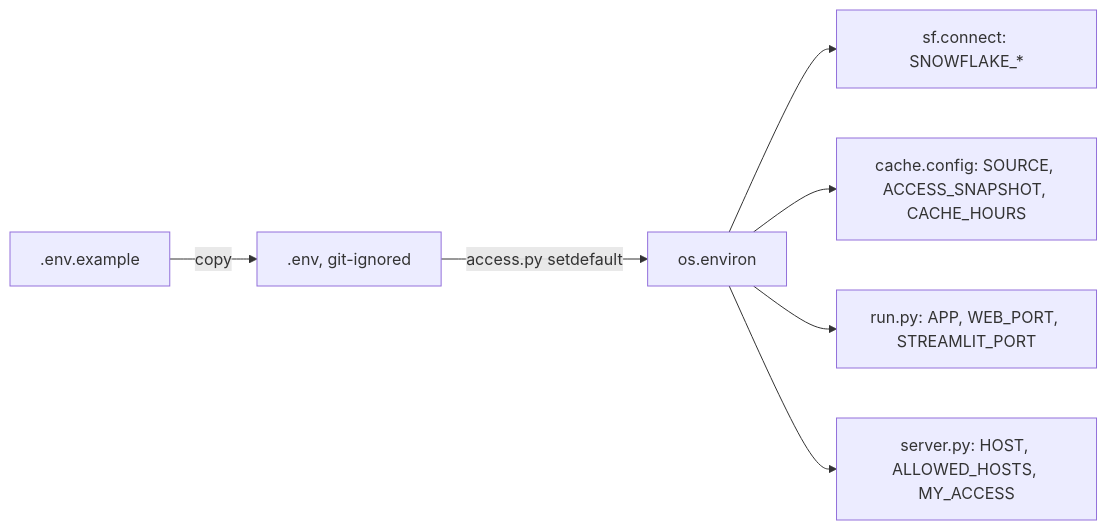
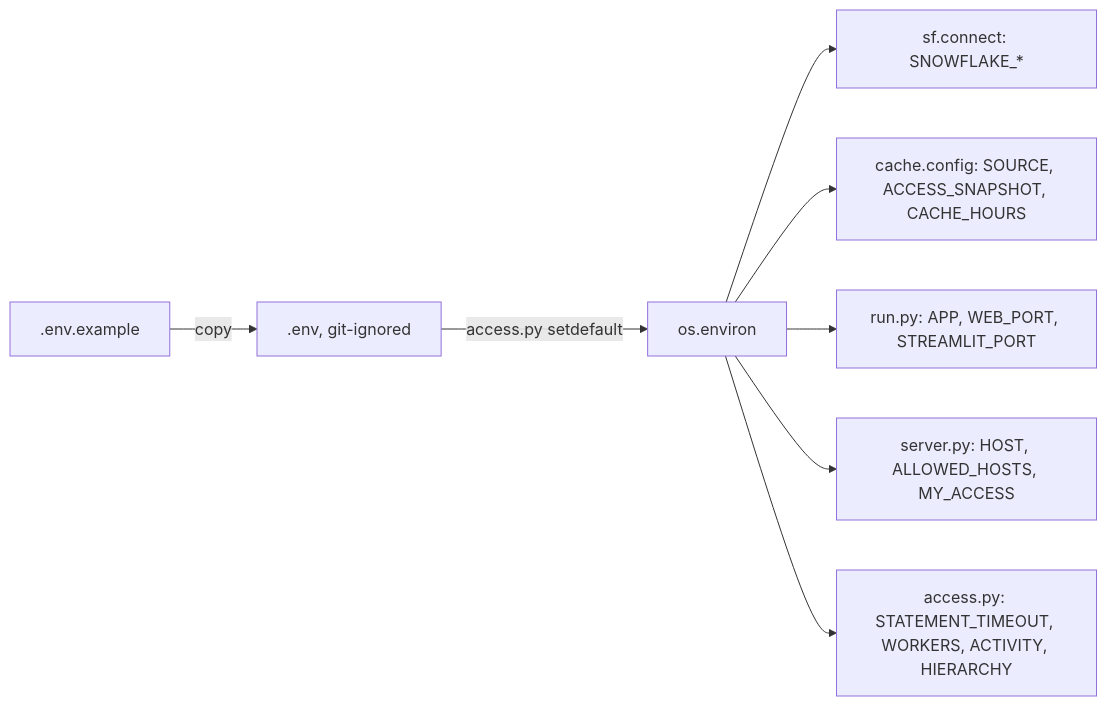
The diagram in snowflake-access-explorer-knowledge-graph/documents/env-example.md (darshanmeel/snowflake-access-explorer), drawn with Mermaid before and after one commit. The commit also changed other lines of this file and 79 other files, not shown here.

Commit message:
Knowledge graph: STATEMENT_TIMEOUT, WORKERS, ACTIVITY, HIERARCHY, progress lines, shared ACCESS_HISTORY read, procedure batching; node lines re-synced

````diff
--- a/snowflake-access-explorer-knowledge-graph/documents/env-example.md
+++ b/snowflake-access-explorer-knowledge-graph/documents/env-example.md
@@ -4,9 +4,10 @@
 ```mermaid
 flowchart LR
   T[.env.example] -->|copy| E[.env, git-ignored]
   E -->|access.py setdefault| OS[os.environ]
   OS --> SF[sf.connect: SNOWFLAKE_*]
   OS --> CF[cache.config: SOURCE, ACCESS_SNAPSHOT, CACHE_HOURS]
   OS --> RUN[run.py: APP, WEB_PORT, STREAMLIT_PORT]
   OS --> SRV[server.py: HOST, ALLOWED_HOSTS, MY_ACCESS]
+  OS --> AC[access.py: STATEMENT_TIMEOUT, WORKERS, ACTIVITY, HIERARCHY]
 ```
````
